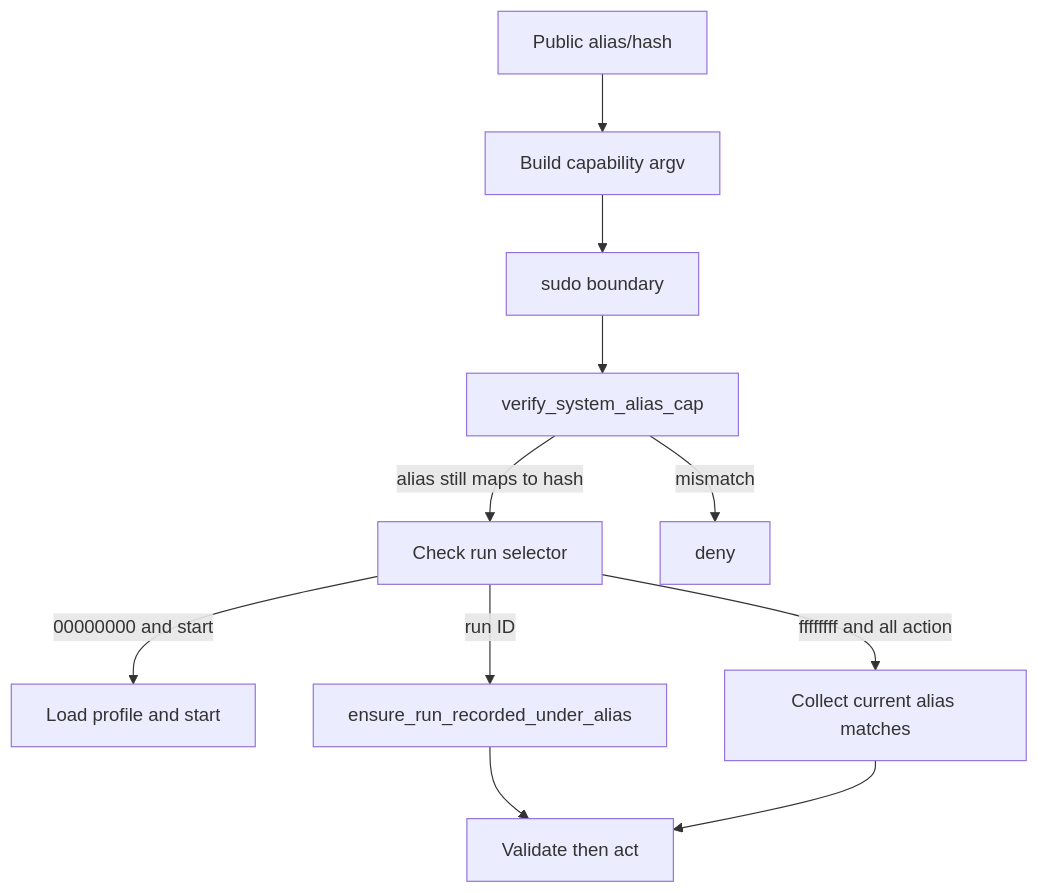
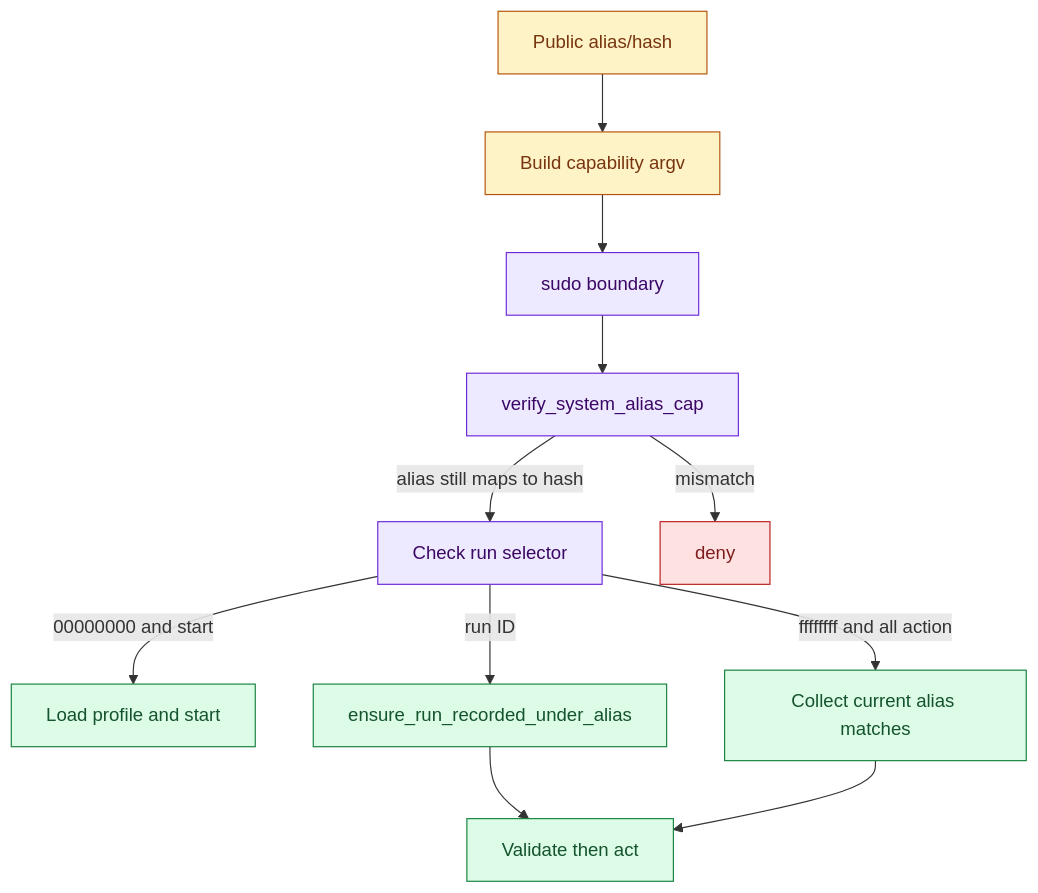
Before and after one commit to RchGrav/onhold: the second of 3 diagrams in docs/security.md, drawn with Mermaid. The commit also changed other lines of this file and 13 other files, not shown here.

````diff
--- a/docs/security.md
+++ b/docs/security.md
@@ -42,13 +51,22 @@
 ```mermaid
 flowchart TD
     Public["Public alias/hash"] --> Build["Build capability argv"]
     Build --> Sudo["sudo boundary"]
     Sudo --> Verify["verify_system_alias_cap"]
     Verify -->|alias still maps to hash| Selector["Check run selector"]
     Verify -->|mismatch| Deny["deny"]
     Selector -->|00000000 and start| Profile["Load profile and start"]
     Selector -->|ffffffff and all action| Matches["Collect current alias matches"]
     Selector -->|run ID| Label["ensure_run_recorded_under_alias"]
     Label --> Action["Validate then act"]
     Matches --> Action
+
+    classDef public fill:#fef3c7,stroke:#b45309,color:#78350f
+    classDef privilege fill:#ede9fe,stroke:#6d28d9,color:#3b0764
+    classDef safe fill:#dcfce7,stroke:#15803d,color:#14532d
+    classDef deny fill:#fee2e2,stroke:#b91c1c,color:#7f1d1d
+    class Public,Build public
+    class Sudo,Verify,Selector privilege
+    class Profile,Matches,Label,Action safe
+    class Deny deny
 ```
````
